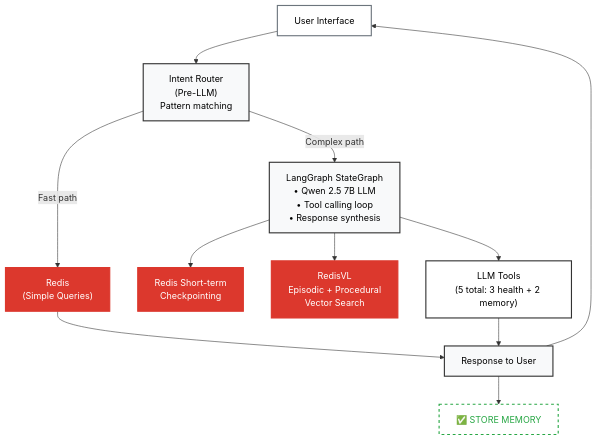
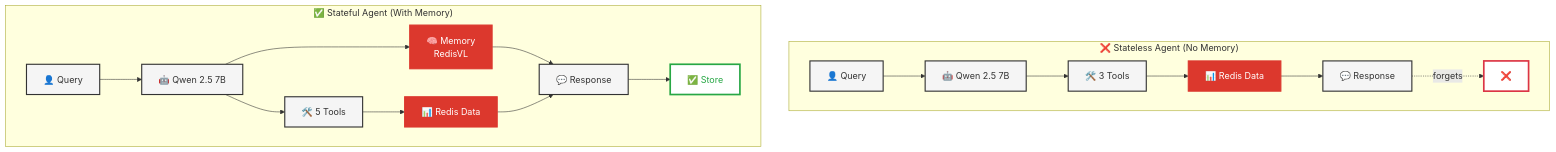
One commit to AllieRays/redis-wellness changed the diagram in README.md. Above: the diagram before and after it, drawn with Mermaid. The commit also changed other lines of this file, not shown here.

````diff
--- a/README.md
+++ b/README.md
@@ -95,33 +58,37 @@
 ```mermaid
 flowchart TB
-    UI["User Interface"]
-    Router["Intent Router<br/>(Pre-LLM)<br/>Pattern matching"]
-    Simple["Redis<br/>(Simple Queries)"]
-    Complex["LangGraph StateGraph<br/>• Qwen 2.5 7B LLM<br/>• Tool calling loop<br/>• Response synthesis"]
-    RedisShort["Redis Short-term<br/>Checkpointing"]
-    RedisVL["RedisVL<br/>Episodic + Procedural<br/>Vector Search"]
-    Tools["LLM Tools<br/>(5 total: 3 health + 2 memory)"]
-    Response["Response to User"]
-    Store["✅ STORE MEMORY"]
+    subgraph Stateless["❌ Stateless Agent (No Memory)"]
+        direction LR
+        Q1["👤 Query"] --> A1["🤖 Qwen 2.5 7B"]
+        A1 --> T1["🛠️ 3 Tools"]
+        T1 --> R1["📊 Redis Data"]
+        R1 --> Res1["💬 Response"]
+        Res1 -."forgets".-> F1["❌"]
+    end
 
-    UI --> Router
-    Router -->|"Fast path"| Simple
-    Router -->|"Complex path"| Complex
-    Simple --> Response
-    Complex --> RedisShort
-    Complex --> RedisVL
-    Complex --> Tools
-    Tools --> Response
-    Response --> UI
-    Response --> Store
+    subgraph Stateful["✅ Stateful Agent (With Memory)"]
+        direction LR
+        Q2["👤 Query"] --> A2["🤖 Qwen 2.5 7B"]
+        A2 --> M2["🧠 Memory<br/>RedisVL"]
+        A2 --> T2["🛠️ 5 Tools"]
+        T2 --> R2["📊 Redis Data"]
+        M2 --> Res2["💬 Response"]
+        R2 --> Res2
+        Res2 --> S2["✅ Store"]
+    end
 
-    style UI fill:#fff,stroke:#6c757d,stroke-width:2px,color:#000
-    style Router fill:#f8f9fa,stroke:#333,stroke-width:2px,color:#000
-    style Simple fill:#dc382d,stroke:#dc382d,stroke-width:2px,color:#fff
-    style Complex fill:#f8f9fa,stroke:#333,stroke-width:2px,color:#000
-    style RedisShort fill:#dc382d,stroke:#dc382d,stroke-width:2px,color:#fff
-    style RedisVL fill:#dc382d,stroke:#dc382d,stroke-width:2px,color:#fff
-    style Tools fill:#fff,stroke:#333,stroke-width:2px,color:#000
-    style Response fill:#f8f9fa,stroke:#333,stroke-width:2px,color:#000
-    style Store fill:#fff,stroke:#28a745,stroke-width:2px,color:#28a745,stroke-dasharray: 5 5
+    style Q1 fill:#f5f5f5,stroke:#333,stroke-width:2px
+    style A1 fill:#f5f5f5,stroke:#333,stroke-width:2px
+    style T1 fill:#f5f5f5,stroke:#333,stroke-width:2px
+    style R1 fill:#dc382d,stroke:#dc382d,stroke-width:2px,color:#fff
+    style Res1 fill:#f5f5f5,stroke:#333,stroke-width:2px
+    style F1 fill:#fff,stroke:#dc3545,stroke-width:3px,color:#dc3545
+
+    style Q2 fill:#f5f5f5,stroke:#333,stroke-width:2px
+    style A2 fill:#f5f5f5,stroke:#333,stroke-width:2px
+    style M2 fill:#dc382d,stroke:#dc382d,stroke-width:2px,color:#fff
+    style T2 fill:#f5f5f5,stroke:#333,stroke-width:2px
+    style R2 fill:#dc382d,stroke:#dc382d,stroke-width:2px,color:#fff
+    style Res2 fill:#f5f5f5,stroke:#333,stroke-width:2px
+    style S2 fill:#fff,stroke:#28a745,stroke-width:3px,color:#28a745
 ```
````
